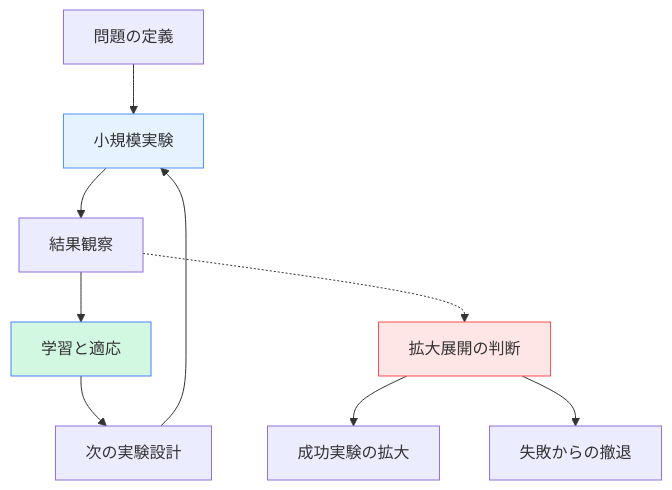
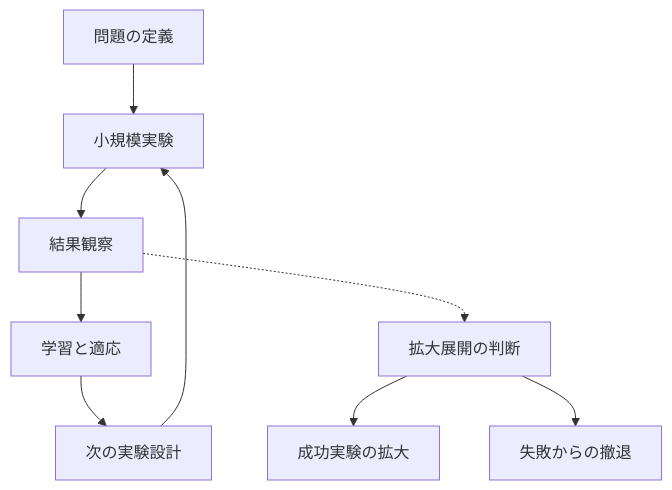
The sixth of 9 diagrams in docs/decision-making-guide/uncertainty.md (shuji-bonji/Situational-Awareness-and-Decision-Making), drawn with Mermaid before and after one commit. The commit also changed other lines of this file and 49 other files, not shown here.

Commit message:
fix: ダークモードで見づらい図の色の変更

````diff
--- a/docs/decision-making-guide/uncertainty.md
+++ b/docs/decision-making-guide/uncertainty.md
@@ -361,16 +361,16 @@
     ```mermaid
     graph TD
         A[問題の定義] --> B[小規模実験]
         B --> C[結果観察]
         C --> D[学習と適応]
         D --> E[次の実験設計]
         E --> B
         
         C -.-> F[拡大展開の判断]
         F --> G[成功実験の拡大]
         F --> H[失敗からの撤退]
         
-        style B fill:#e6f2ff,stroke:#4d94ff
-        style D fill:#d3f8e2,stroke:#4d7fff
-        style F fill:#ffe6e6,stroke:#ff4d4d
+    
+    
+    
     ```
````
